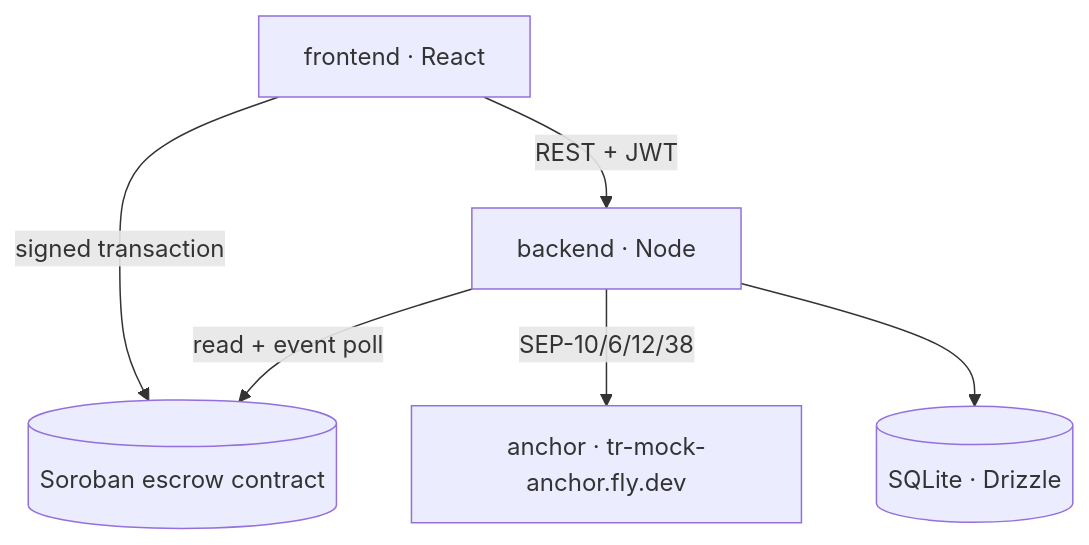
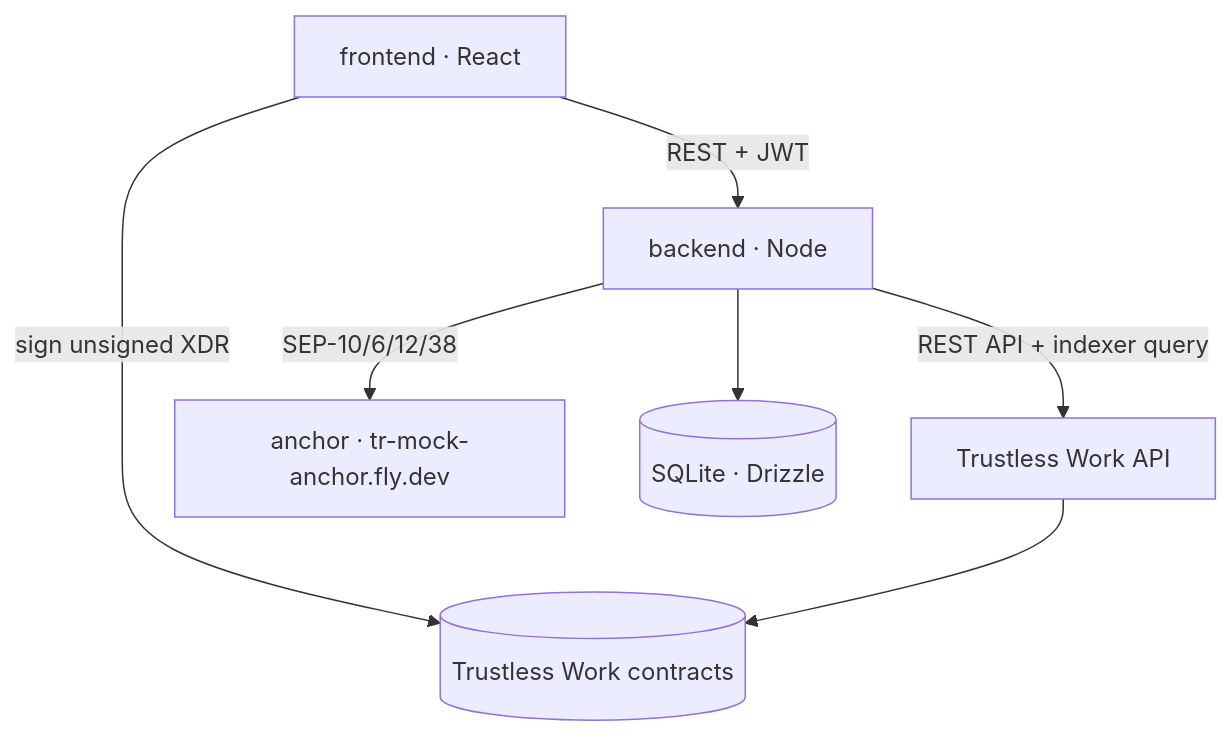
Before and after one commit to CemAyyildiz/Pactly: the first of 3 diagrams in _bmad-output/planning-artifacts/architecture/architecture-Pactly-2026-09-16/ARCHITECTURE-SPINE.md, drawn with Mermaid. The commit also changed other lines of this file and 7 other files, not shown here.

Commit message:
docs(course): pivot escrow runtime to Trustless Work

````diff
--- a/_bmad-output/planning-artifacts/architecture/architecture-Pactly-2026-09-16/ARCHITECTURE-SPINE.md
+++ b/_bmad-output/planning-artifacts/architecture/architecture-Pactly-2026-09-16/ARCHITECTURE-SPINE.md
@@ -34,8 +35,9 @@
 ```mermaid
 graph TD
   FE[frontend · React] -->|REST + JWT| BE[backend · Node]
-  FE -->|signed transaction| CH[(Soroban escrow contract)]
-  BE -->|read + event poll| CH
+  FE -->|sign unsigned XDR| TW[(Trustless Work contracts)]
+  BE -->|REST API + indexer query| TWA[Trustless Work API]
+  TWA --> TW
   BE -->|SEP-10/6/12/38| AN[anchor · tr-mock-anchor.fly.dev]
   BE --> DB[(SQLite · Drizzle)]
 ```
````
